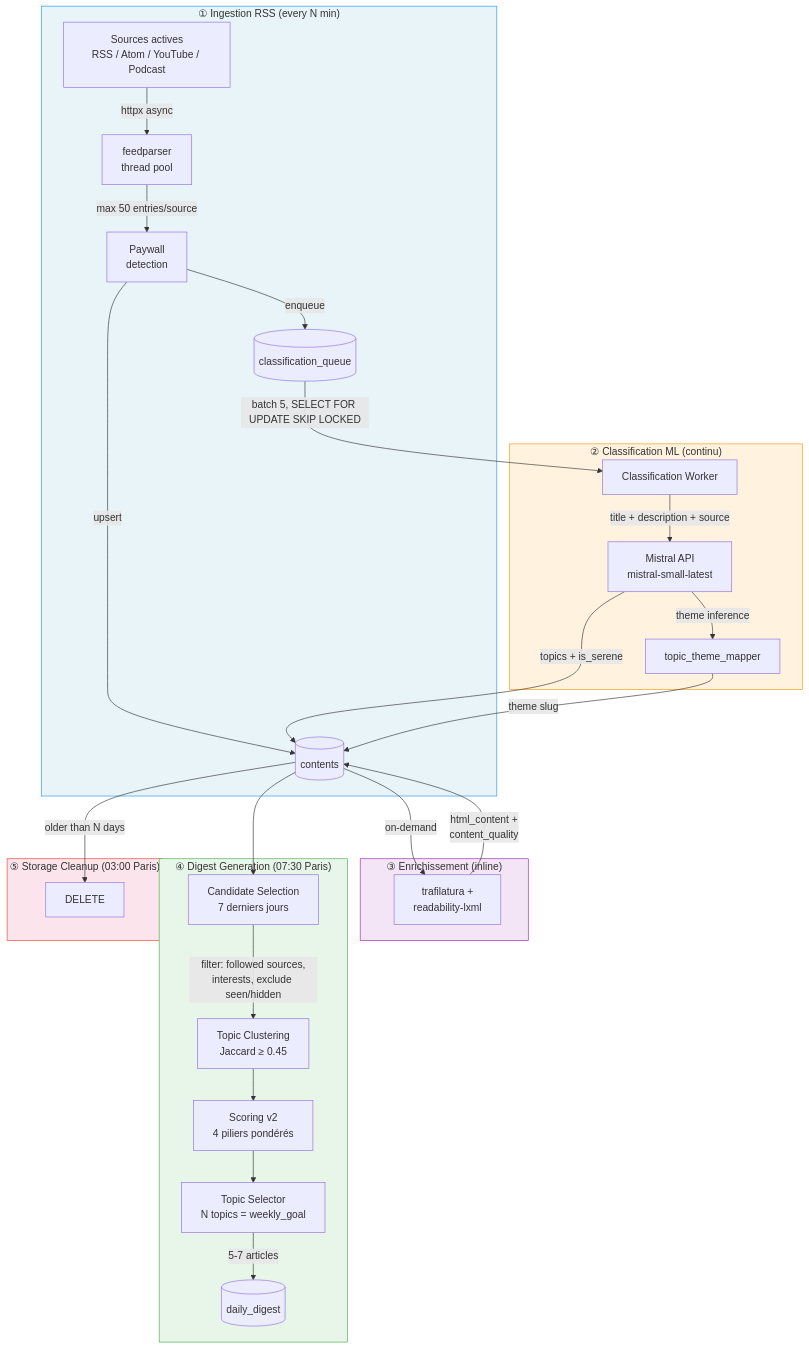
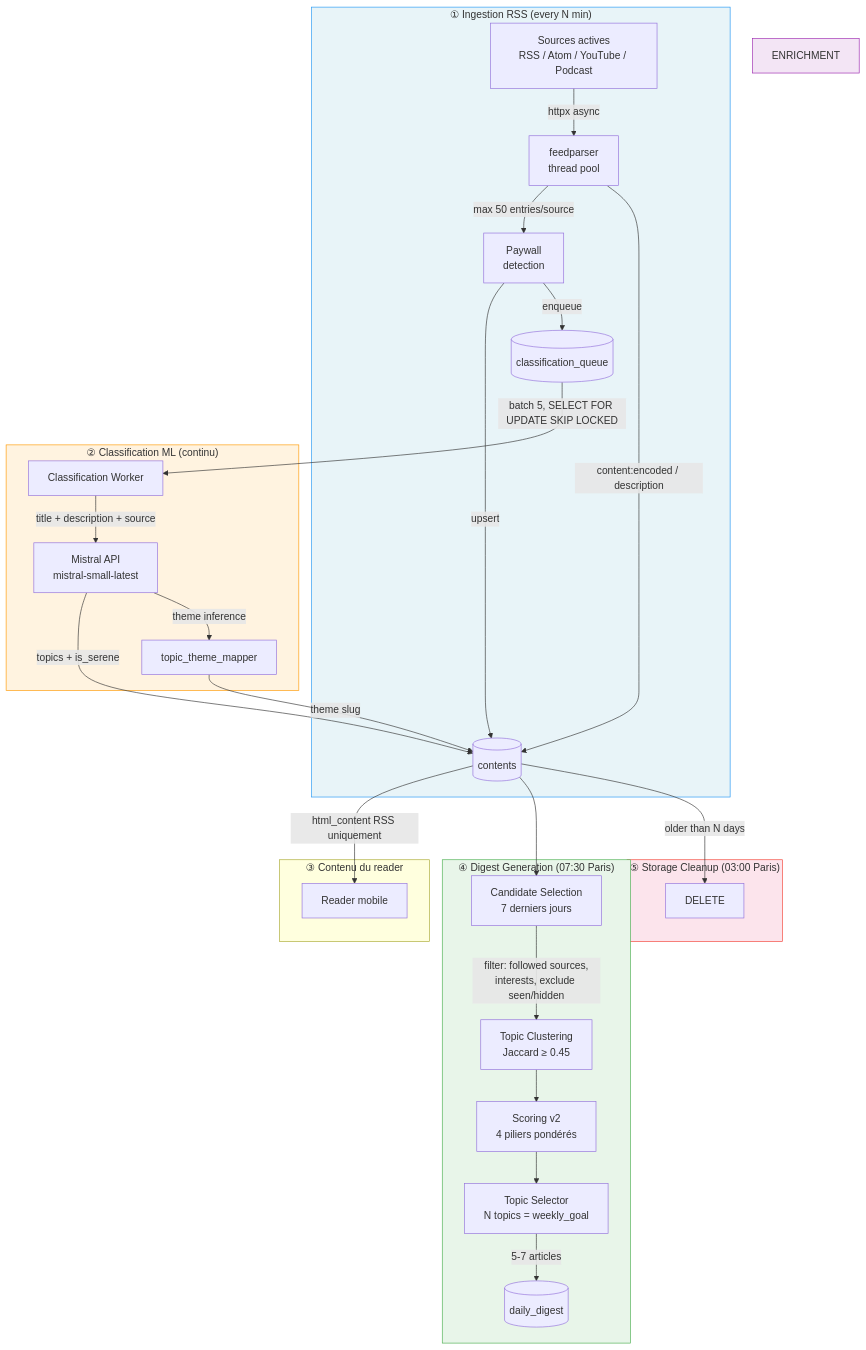
Before and after one commit to boujonlaurin-dotcom/facteur: the first of 6 diagrams in data-architecture/data-pipeline.md, drawn with Mermaid. The commit also changed other lines of this file and 7 other files, not shown here.

````diff
--- a/data-architecture/data-pipeline.md
+++ b/data-architecture/data-pipeline.md
@@ -11,40 +11,40 @@
 ```mermaid
 flowchart TB
     subgraph INGESTION["① Ingestion RSS (every N min)"]
         S[Sources actives<br>RSS / Atom / YouTube / Podcast] -->|httpx async| F[feedparser<br>thread pool]
         F -->|max 50 entries/source| PW[Paywall<br>detection]
         PW -->|upsert| DB_C[(contents)]
         PW -->|enqueue| Q[(classification_queue)]
     end
 
     subgraph CLASSIFICATION["② Classification ML (continu)"]
         Q -->|batch 5, SELECT FOR UPDATE SKIP LOCKED| W[Classification Worker]
         W -->|title + description + source| M[Mistral API<br>mistral-small-latest]
         M -->|topics + is_serene| DB_C
         M -->|theme inference| TM[topic_theme_mapper]
         TM -->|theme slug| DB_C
     end
 
-    subgraph ENRICHMENT["③ Enrichissement (inline)"]
-        DB_C -->|on-demand| TR[trafilatura +<br>readability-lxml]
-        TR -->|html_content +<br>content_quality| DB_C
+    subgraph READER["③ Contenu du reader"]
+        F -->|content:encoded / description| DB_C
+        DB_C -->|html_content RSS uniquement| APP[Reader mobile]
     end
 
     subgraph DIGEST["④ Digest Generation (07:30 Paris)"]
         DB_C --> CAND[Candidate Selection<br>7 derniers jours]
         CAND -->|filter: followed sources,<br>interests, exclude seen/hidden| CLUSTER[Topic Clustering<br>Jaccard ≥ 0.45]
         CLUSTER --> SCORE[Scoring v2<br>4 piliers pondérés]
         SCORE --> SELECT[Topic Selector<br>N topics = weekly_goal]
         SELECT -->|5-7 articles| DG[(daily_digest)]
     end
 
     subgraph CLEANUP["⑤ Storage Cleanup (03:00 Paris)"]
         DB_C -->|older than N days| DEL[DELETE]
     end
 
     style INGESTION fill:#e8f4f8,stroke:#2196F3
     style CLASSIFICATION fill:#fff3e0,stroke:#FF9800
     style ENRICHMENT fill:#f3e5f5,stroke:#9C27B0
     style DIGEST fill:#e8f5e9,stroke:#4CAF50
     style CLEANUP fill:#fce4ec,stroke:#f44336
 ```
````
